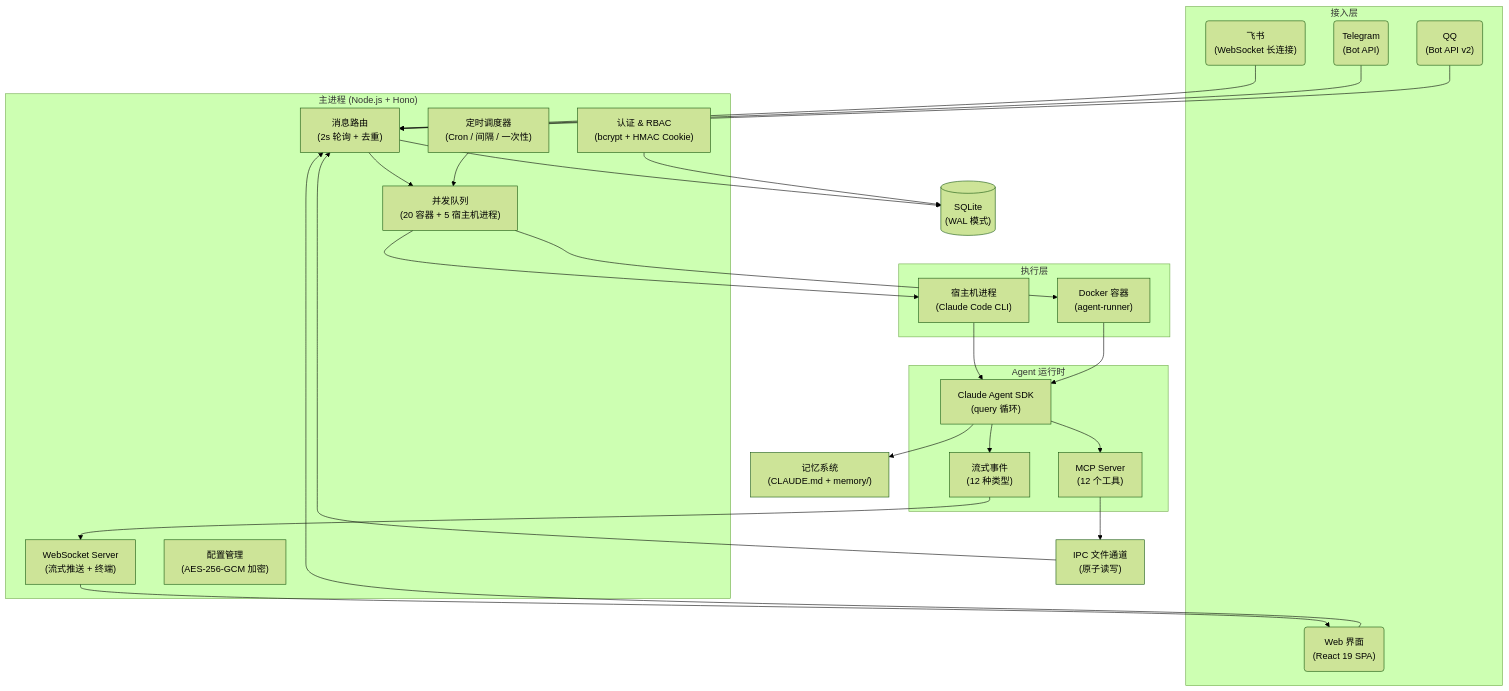
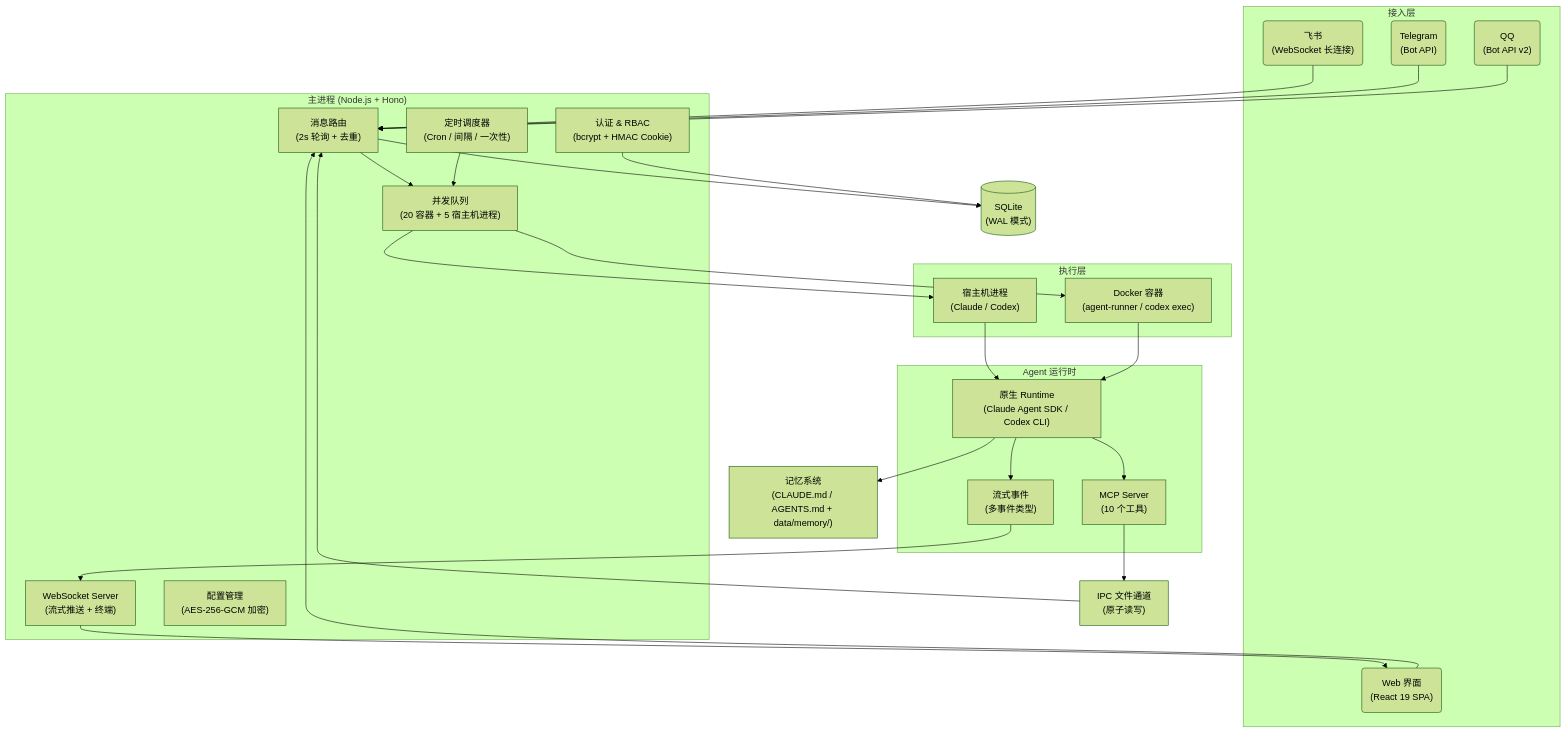
Before and after one commit to icystone/happyclaw: the diagram in README.md, drawn with Mermaid (forest theme). The commit also changed other lines of this file, not shown here.

Commit message:
docs(readme): align dual runtime docs

````diff
--- a/README.md
+++ b/README.md
@@ -354,66 +364,66 @@
 ```mermaid
 flowchart TD
     subgraph 接入层
         Feishu("飞书<br/>(WebSocket 长连接)")
         Telegram("Telegram<br/>(Bot API)")
         QQ("QQ<br/>(Bot API v2)")
         Web("Web 界面<br/>(React 19 SPA)")
     end
 
     subgraph 主进程["主进程 (Node.js + Hono)"]
         Router["消息路由<br/>(2s 轮询 + 去重)"]
         Queue["并发队列<br/>(20 容器 + 5 宿主机进程)"]
         Scheduler["定时调度器<br/>(Cron / 间隔 / 一次性)"]
         WS["WebSocket Server<br/>(流式推送 + 终端)"]
         Auth["认证 & RBAC<br/>(bcrypt + HMAC Cookie)"]
         Config["配置管理<br/>(AES-256-GCM 加密)"]
     end
 
     subgraph 执行层
-        Host["宿主机进程<br/>(Claude Code CLI)"]
-        Container["Docker 容器<br/>(agent-runner)"]
+        Host["宿主机进程<br/>(Claude / Codex)"]
+        Container["Docker 容器<br/>(agent-runner / codex exec)"]
     end
 
     subgraph Agent["Agent 运行时"]
-        SDK["Claude Agent SDK<br/>(query 循环)"]
-        MCP["MCP Server<br/>(12 个工具)"]
-        Stream["流式事件<br/>(12 种类型)"]
+        Runtime["原生 Runtime<br/>(Claude Agent SDK / Codex CLI)"]
+        MCP["MCP Server<br/>(10 个工具)"]
+        Stream["流式事件<br/>(多事件类型)"]
     end
 
     DB[("SQLite<br/>(WAL 模式)")]
     IPC["IPC 文件通道<br/>(原子读写)"]
-    Memory["记忆系统<br/>(CLAUDE.md + memory/)"]
+    Memory["记忆系统<br/>(CLAUDE.md / AGENTS.md + data/memory/)"]
 
     Feishu --> Router
     Telegram --> Router
     QQ --> Router
     Web --> Router
 
     Router --> Queue
     Queue --> Host
     Queue --> Container
     Scheduler --> Queue
 
-    Host --> SDK
-    Container --> SDK
-    SDK --> MCP
-    SDK --> Stream
+    Host --> Runtime
+    Container --> Runtime
+    Runtime --> MCP
+    Runtime --> Stream
 
     MCP --> IPC
     IPC --> Router
 
     Stream --> WS
     WS --> Web
 
     Router --> DB
     Auth --> DB
-    SDK --> Memory
+    Runtime --> Memory
 
     class Feishu,Telegram,QQ,Web fe
     class Router,Queue,Scheduler,WS,Auth,Config svc
     class DB db
     class Host,Container faas
-    class SDK,MCP,Stream faas
+    class Runtime,MCP,Stream faas
     class IPC cfg
     class Memory cfg
 ```
````
